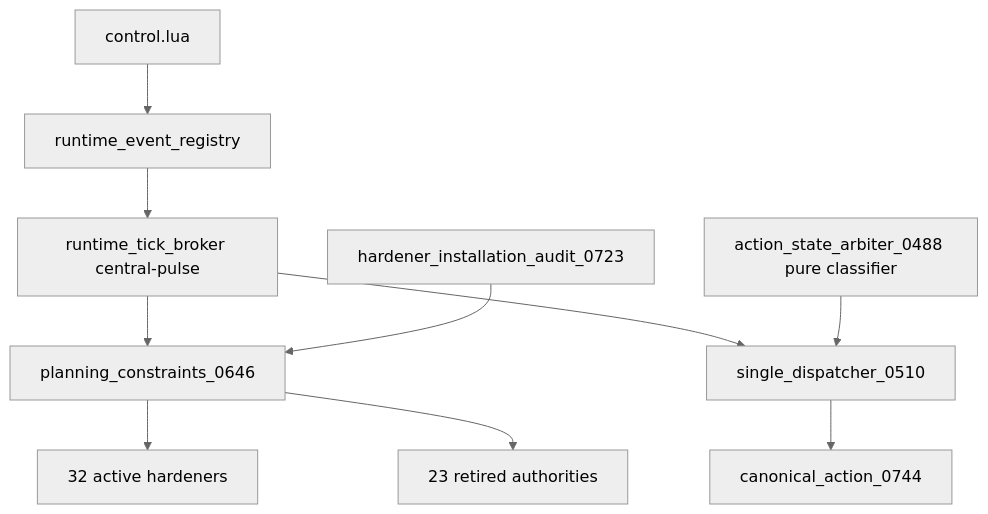
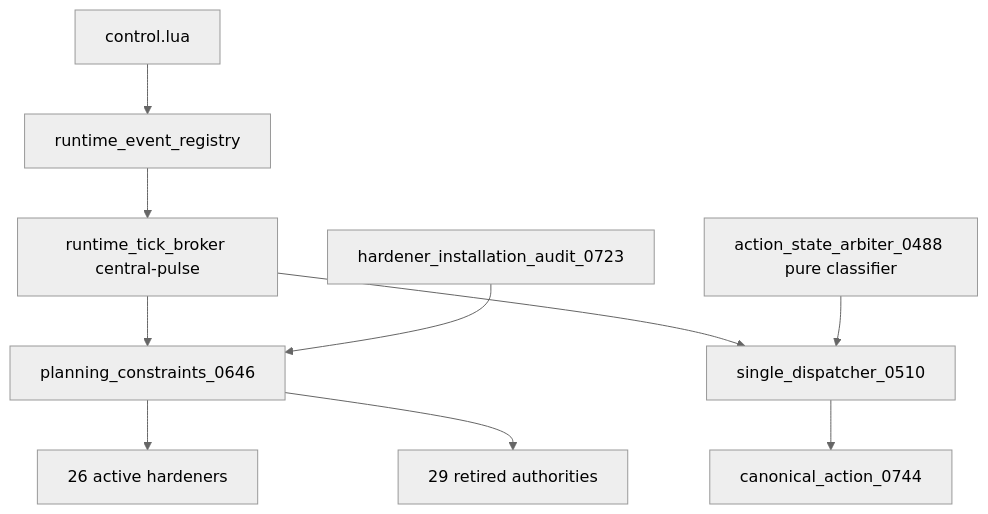
Before and after one commit to mrcalzon02/Tech-Priests: the first of 8 diagrams in docs/RECOVERY_AUTHORITY_MAP_CURRENT.md, drawn with Mermaid (neutral theme). The commit also changed other lines of this file, not shown here.

````diff
--- a/docs/RECOVERY_AUTHORITY_MAP_CURRENT.md
+++ b/docs/RECOVERY_AUTHORITY_MAP_CURRENT.md
@@ -12,12 +12,12 @@
 ```mermaid
 flowchart TD
     Control[control.lua] --> Registry[runtime_event_registry]
     Registry --> Broker[runtime_tick_broker central-pulse]
     Broker --> Planning[planning_constraints_0646]
-    Planning --> Prearm[32 active hardeners]
-    Planning --> Retired[23 retired authorities]
+    Planning --> Prearm[26 active hardeners]
+    Planning --> Retired[29 retired authorities]
     Broker --> Dispatcher[single_dispatcher_0510]
     Dispatcher --> Action[canonical_action_0744]
     Arbiter[action_state_arbiter_0488 pure classifier] --> Dispatcher
     Finalizer[hardener_installation_audit_0723] --> Planning
 ```
````
